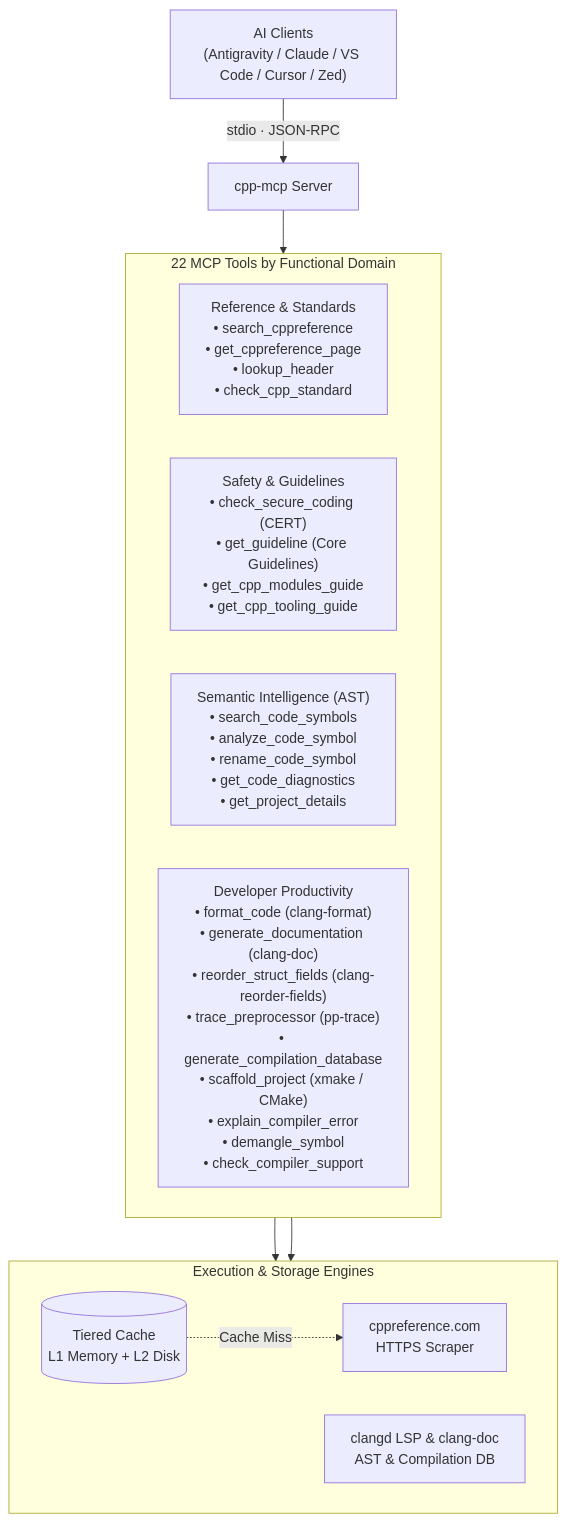
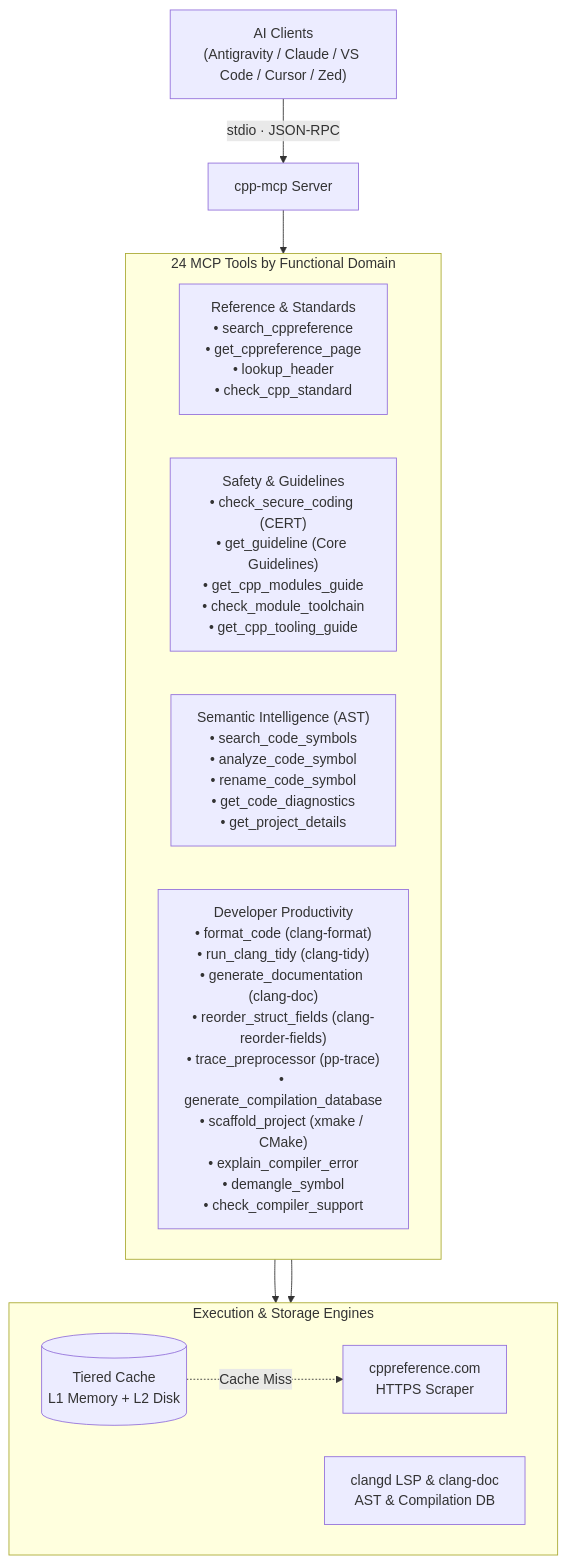
Before and after one commit to CHOCEK-RB/cpp-mcp: the diagram in README.md, drawn with Mermaid. The commit also changed other lines of this file and 34 other files, not shown here.

First line of the commit message:
feat: clang-tidy, module toolchain, project policy and trigger-first tool descriptions (#60)

````diff
--- a/README.md
+++ b/README.md
@@ -17,24 +17,24 @@
 ```mermaid
 flowchart TB
     Client["AI Clients\n(Antigravity / Claude / VS Code / Cursor / Zed)"] -->|stdio · JSON-RPC| Server["cpp-mcp Server"]
 
-    subgraph Tools ["22 MCP Tools by Functional Domain"]
+    subgraph Tools ["24 MCP Tools by Functional Domain"]
         direction LR
         D1["Reference & Standards\n• search_cppreference\n• get_cppreference_page\n• lookup_header\n• check_cpp_standard"]
-        D2["Safety & Guidelines\n• check_secure_coding (CERT)\n• get_guideline (Core Guidelines)\n• get_cpp_modules_guide\n• get_cpp_tooling_guide"]
+        D2["Safety & Guidelines\n• check_secure_coding (CERT)\n• get_guideline (Core Guidelines)\n• get_cpp_modules_guide\n• check_module_toolchain\n• get_cpp_tooling_guide"]
         D3["Semantic Intelligence (AST)\n• search_code_symbols\n• analyze_code_symbol\n• rename_code_symbol\n• get_code_diagnostics\n• get_project_details"]
-        D4["Developer Productivity\n• format_code (clang-format)\n• generate_documentation (clang-doc)\n• reorder_struct_fields (clang-reorder-fields)\n• trace_preprocessor (pp-trace)\n• generate_compilation_database\n• scaffold_project (xmake / CMake)\n• explain_compiler_error\n• demangle_symbol\n• check_compiler_support"]
+        D4["Developer Productivity\n• format_code (clang-format)\n• run_clang_tidy (clang-tidy)\n• generate_documentation (clang-doc)\n• reorder_struct_fields (clang-reorder-fields)\n• trace_preprocessor (pp-trace)\n• generate_compilation_database\n• scaffold_project (xmake / CMake)\n• explain_compiler_error\n• demangle_symbol\n• check_compiler_support"]
     end
 
     subgraph Backends ["Execution & Storage Engines"]
         direction LR
         Cache[("Tiered Cache\nL1 Memory + L2 Disk")]
         LSP["clangd LSP & clang-doc\nAST & Compilation DB"]
         Web["cppreference.com\nHTTPS Scraper"]
     end
 
     Server --> Tools
     D1 --> Cache
     D3 --> LSP
     Cache -.->|Cache Miss| Web
 ```
````
